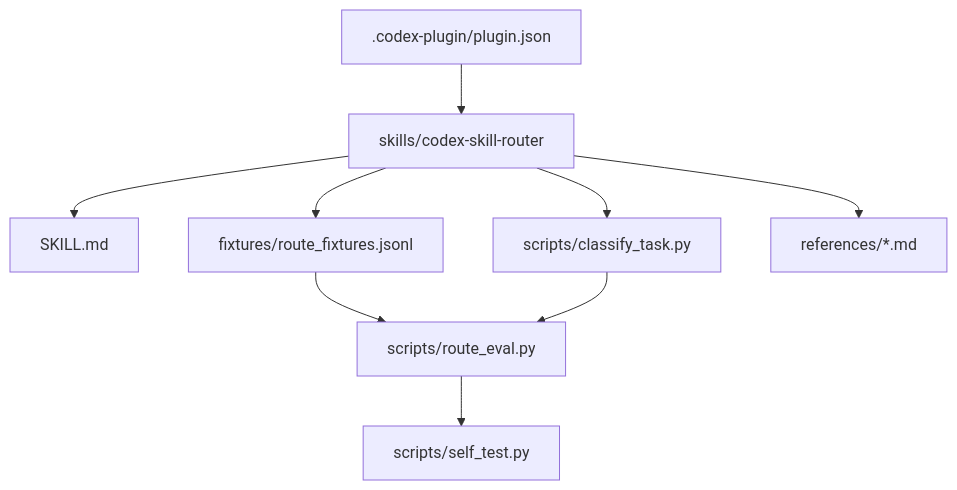
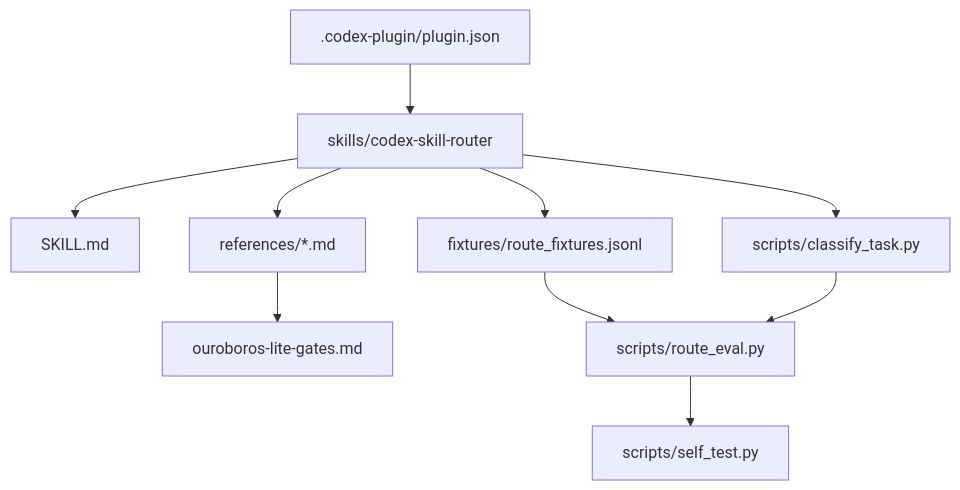
One commit to Merchantlee99/Vibebuilder changed the diagram in codex-skill/plugins/vibebuilder-codex-skill-router/README.md. Above: the diagram before and after it, drawn with Mermaid. The commit also changed other lines of this file and 7 other files, not shown here.

````diff
--- a/codex-skill/plugins/vibebuilder-codex-skill-router/README.md
+++ b/codex-skill/plugins/vibebuilder-codex-skill-router/README.md
@@ -43,11 +43,12 @@
 ```mermaid
 flowchart TD
     P[".codex-plugin/plugin.json"] --> S["skills/codex-skill-router"]
     S --> K["SKILL.md"]
     S --> C["scripts/classify_task.py"]
     S --> F["fixtures/route_fixtures.jsonl"]
     S --> R["references/*.md"]
+    R --> O["ouroboros-lite-gates.md"]
     F --> E["scripts/route_eval.py"]
     C --> E
     E --> T["scripts/self_test.py"]
 ```
````
